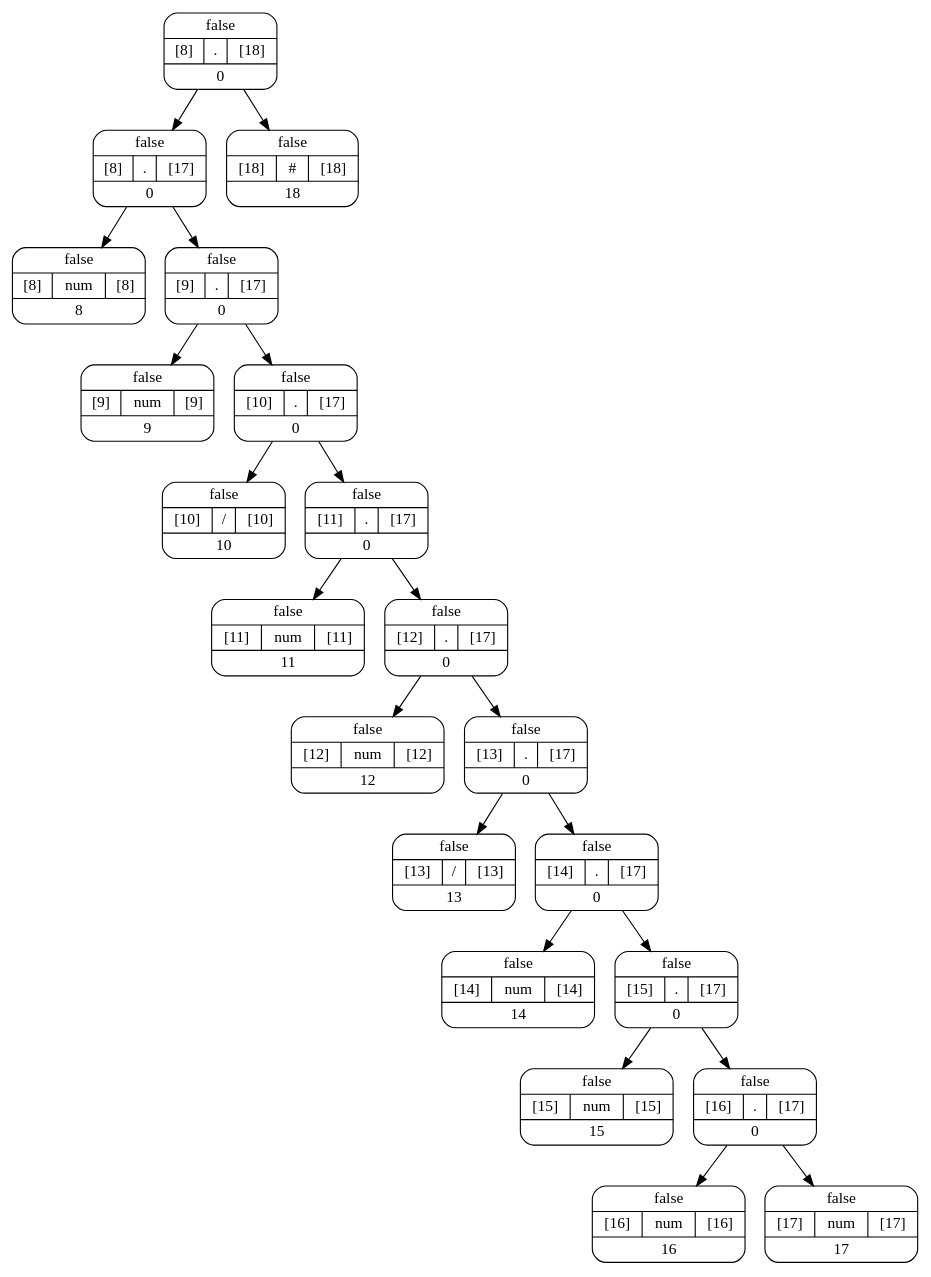
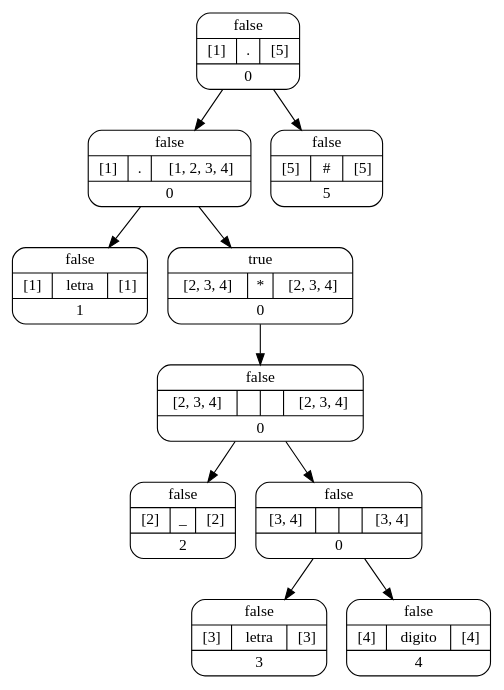
One commit to Villa01/OLC1-Proyecto1_201900907 changed the diagram in Salida/ArchivosDot/Grafico1.dot. Above: the diagram before and after it, drawn with Graphviz. The commit also changed 42 other files, not shown here.

```diff
--- a/Salida/ArchivosDot/Grafico1.dot
+++ b/Salida/ArchivosDot/Grafico1.dot
@@ -1,47 +1,25 @@
 digraph Arbol_Sintactico{
 
  node[style=rounded shape=record]
-node0[label = "{false|{[8]|.|[18]}|0}"];
+node0[label = "{false|{[1]|.|[5]}|0}"];
 node0 -> node00
-node00[label = "{false|{[8]|.|[17]}|0}"];
+node00[label = "{false|{[1]|.|[1, 2, 3, 4]}|0}"];
 node00 -> node000
-node000[label = "{false|{[8]|num|[8]}|8}"];
+node000[label = "{false|{[1]|letra|[1]}|1}"];
 node00 -> node001
-node001[label = "{false|{[9]|.|[17]}|0}"];
+node001[label = "{true|{[2, 3, 4]|*|[2, 3, 4]}|0}"];
 node001 -> node0010
-node0010[label = "{false|{[9]|num|[9]}|9}"];
-node001 -> node0011
-node0011[label = "{false|{[10]|.|[17]}|0}"];
-node0011 -> node00110
-node00110[label = "{false|{[10]|/|[10]}|10}"];
-node0011 -> node00111
-node00111[label = "{false|{[11]|.|[17]}|0}"];
-node00111 -> node001110
-node001110[label = "{false|{[11]|num|[11]}|11}"];
-node00111 -> node001111
-node001111[label = "{false|{[12]|.|[17]}|0}"];
-node001111 -> node0011110
-node0011110[label = "{false|{[12]|num|[12]}|12}"];
-node001111 -> node0011111
-node0011111[label = "{false|{[13]|.|[17]}|0}"];
-node0011111 -> node00111110
-node00111110[label = "{false|{[13]|/|[13]}|13}"];
-node0011111 -> node00111111
-node00111111[label = "{false|{[14]|.|[17]}|0}"];
-node00111111 -> node001111110
-node001111110[label = "{false|{[14]|num|[14]}|14}"];
-node00111111 -> node001111111
-node001111111[label = "{false|{[15]|.|[17]}|0}"];
-node001111111 -> node0011111110
-node0011111110[label = "{false|{[15]|num|[15]}|15}"];
-node001111111 -> node0011111111
-node0011111111[label = "{false|{[16]|.|[17]}|0}"];
-node0011111111 -> node00111111110
-node00111111110[label = "{false|{[16]|num|[16]}|16}"];
-node0011111111 -> node00111111111
-node00111111111[label = "{false|{[17]|num|[17]}|17}"];
+node0010[label = "{false|{[2, 3, 4]|||[2, 3, 4]}|0}"];
+node0010 -> node00100
+node00100[label = "{false|{[2]|_|[2]}|2}"];
+node0010 -> node00101
+node00101[label = "{false|{[3, 4]|||[3, 4]}|0}"];
+node00101 -> node001010
+node001010[label = "{false|{[3]|letra|[3]}|3}"];
+node00101 -> node001011
+node001011[label = "{false|{[4]|digito|[4]}|4}"];
 node0 -> node01
-node01[label = "{false|{[18]|#|[18]}|18}"];
+node01[label = "{false|{[5]|#|[5]}|5}"];
 
 
 }
```
